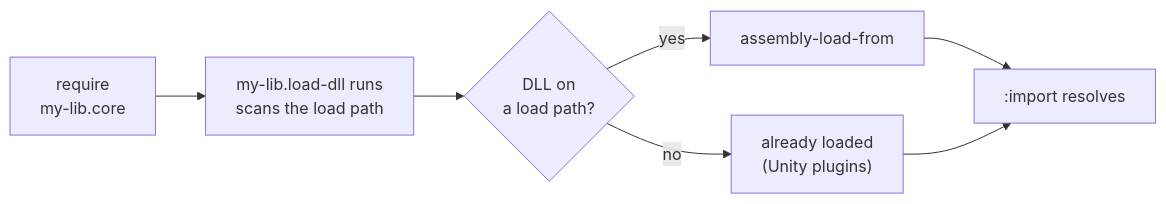
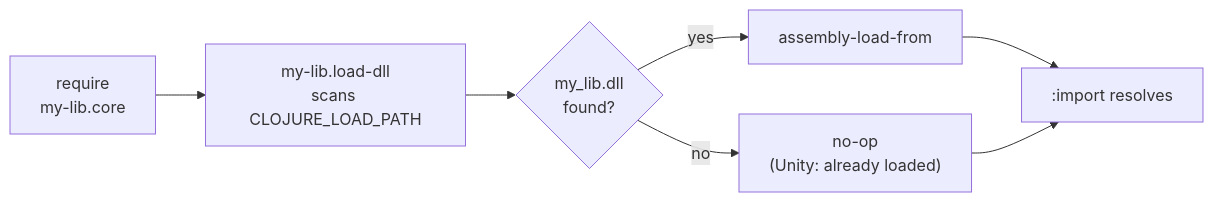
The second of 2 diagrams in docs/native-assemblies.md (flybot-sg/magic), drawn with Mermaid before and after one commit. The commit also changed other lines of this file and 21 other files, not shown here.

````diff
--- a/docs/native-assemblies.md
+++ b/docs/native-assemblies.md
@@ -39,7 +66,9 @@
 ```mermaid
 flowchart LR
-    req["require<br/>my-lib.core"] --> ld["my-lib.load-dll runs<br/>scans the load path"]
-    ld --> found{"DLL on<br/>a load path?"}
-    found -->|yes| al["assembly-load-from"] --> imp[":import resolves"]
-    found -->|no| pre["already loaded<br/>(Unity plugins)"] --> imp
+    req["require<br/>my-lib.core"] --> ld["my-lib.load-dll<br/>scans CLOJURE_LOAD_PATH"]
+    ld --> found{"my_lib.dll<br/>found?"}
+    found -->|yes| al["assembly-load-from"]
+    found -->|no| noop["no-op<br/>(Unity: already loaded)"]
+    al --> imp[":import resolves"]
+    noop --> imp
 ```
````
